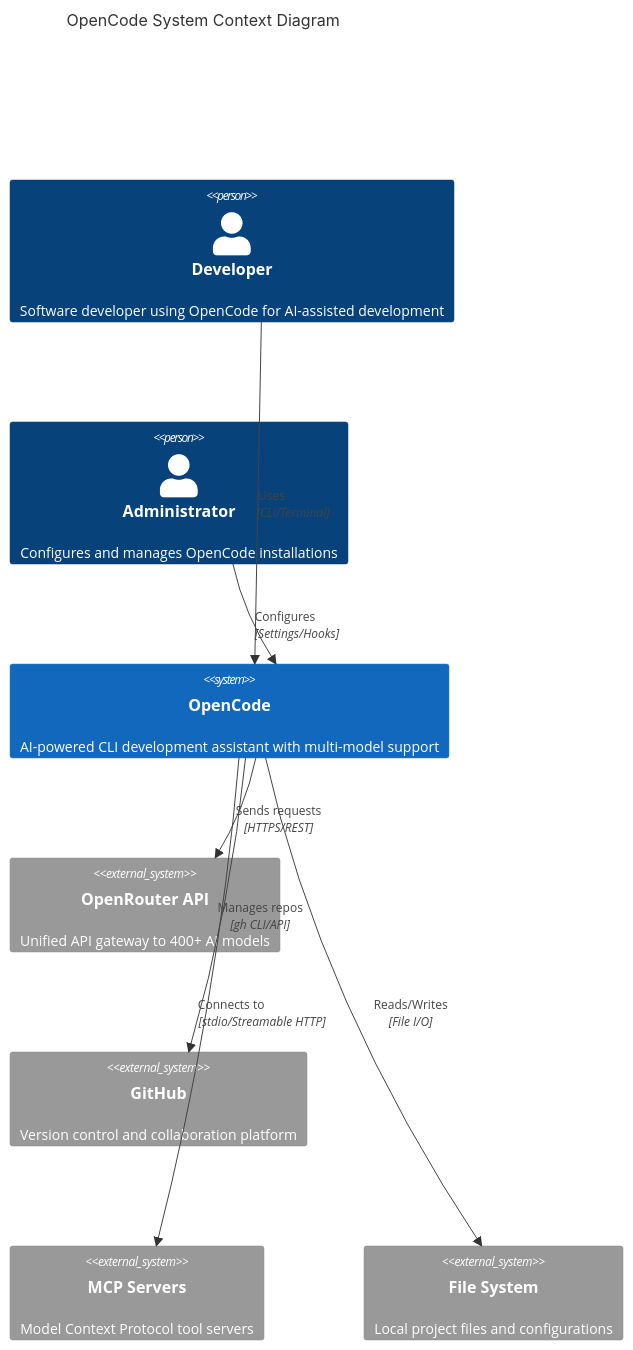
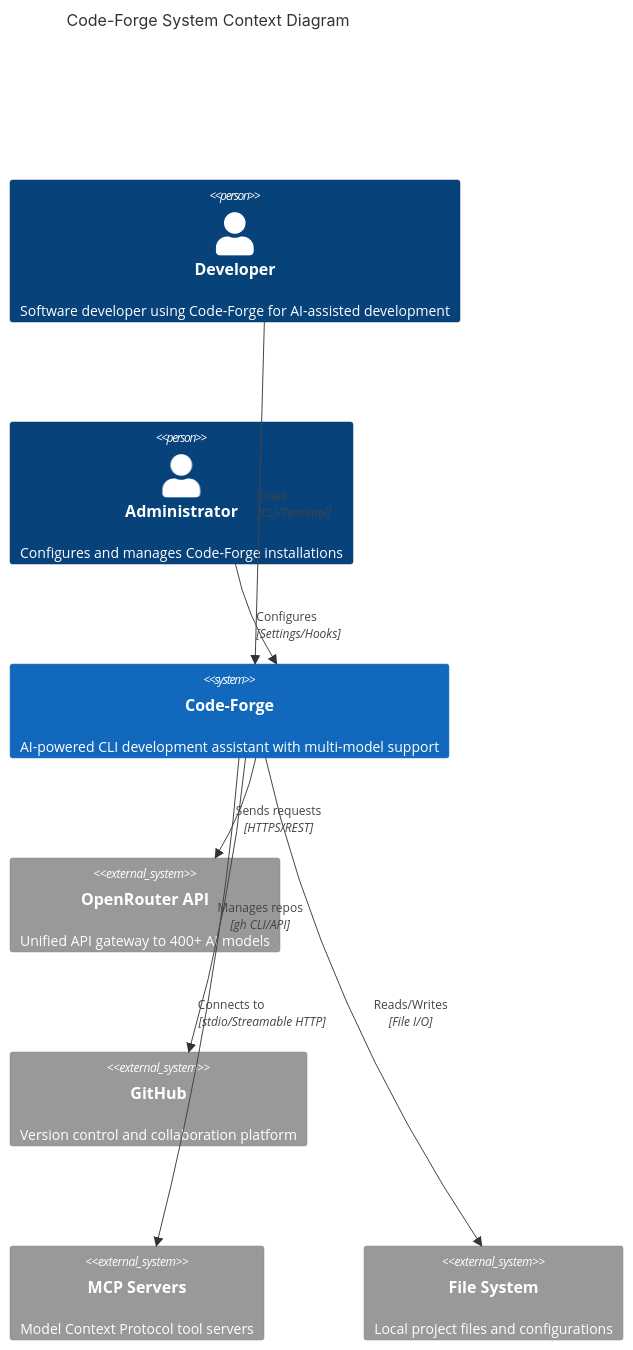
One commit to corey-rosamond/Code-Forge changed the first of 38 diagrams in .ai/reference/UML.md. Above: the diagram before and after it, drawn with Mermaid. The commit also changed other lines of this file and 505 other files, not shown here.

First line of the commit message:
Rename project from OpenCode to Code-Forge

````diff
--- a/.ai/reference/UML.md
+++ b/.ai/reference/UML.md
@@ -28,21 +28,21 @@
 ```mermaid
 C4Context
-    title OpenCode System Context Diagram
+    title Code-Forge System Context Diagram
 
-    Person(developer, "Developer", "Software developer using OpenCode for AI-assisted development")
-    Person(admin, "Administrator", "Configures and manages OpenCode installations")
+    Person(developer, "Developer", "Software developer using Code-Forge for AI-assisted development")
+    Person(admin, "Administrator", "Configures and manages Code-Forge installations")
 
-    System(opencode, "OpenCode", "AI-powered CLI development assistant with multi-model support")
+    System(forge, "Code-Forge", "AI-powered CLI development assistant with multi-model support")
 
     System_Ext(openrouter, "OpenRouter API", "Unified API gateway to 400+ AI models")
     System_Ext(github, "GitHub", "Version control and collaboration platform")
     System_Ext(mcp_servers, "MCP Servers", "Model Context Protocol tool servers")
     System_Ext(filesystem, "File System", "Local project files and configurations")
 
-    Rel(developer, opencode, "Uses", "CLI/Terminal")
-    Rel(admin, opencode, "Configures", "Settings/Hooks")
-    Rel(opencode, openrouter, "Sends requests", "HTTPS/REST")
-    Rel(opencode, github, "Manages repos", "gh CLI/API")
-    Rel(opencode, mcp_servers, "Connects to", "stdio/Streamable HTTP")
-    Rel(opencode, filesystem, "Reads/Writes", "File I/O")
+    Rel(developer, forge, "Uses", "CLI/Terminal")
+    Rel(admin, forge, "Configures", "Settings/Hooks")
+    Rel(forge, openrouter, "Sends requests", "HTTPS/REST")
+    Rel(forge, github, "Manages repos", "gh CLI/API")
+    Rel(forge, mcp_servers, "Connects to", "stdio/Streamable HTTP")
+    Rel(forge, filesystem, "Reads/Writes", "File I/O")
 ```
````
